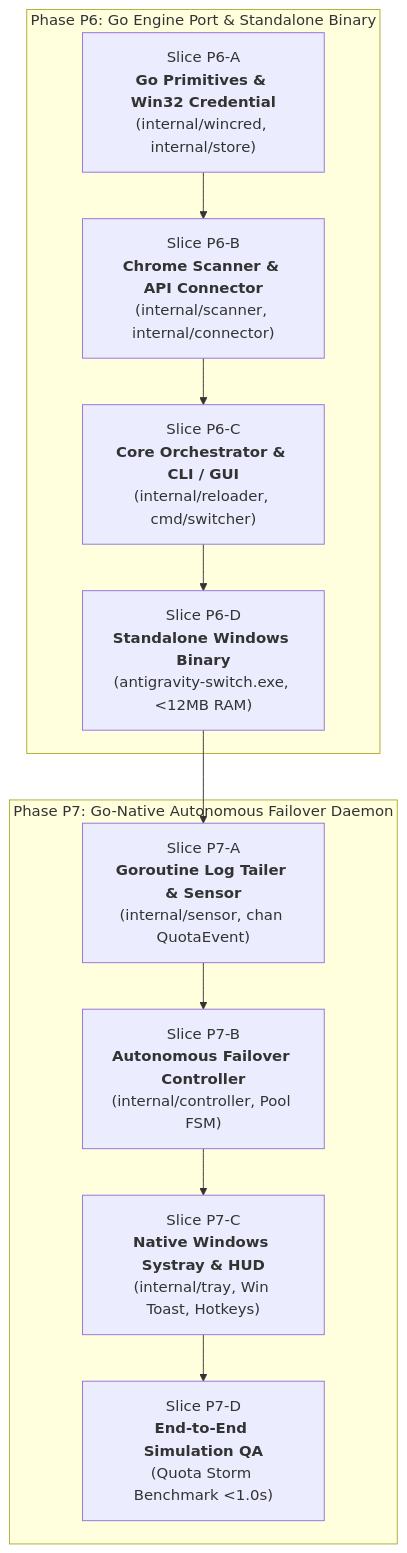
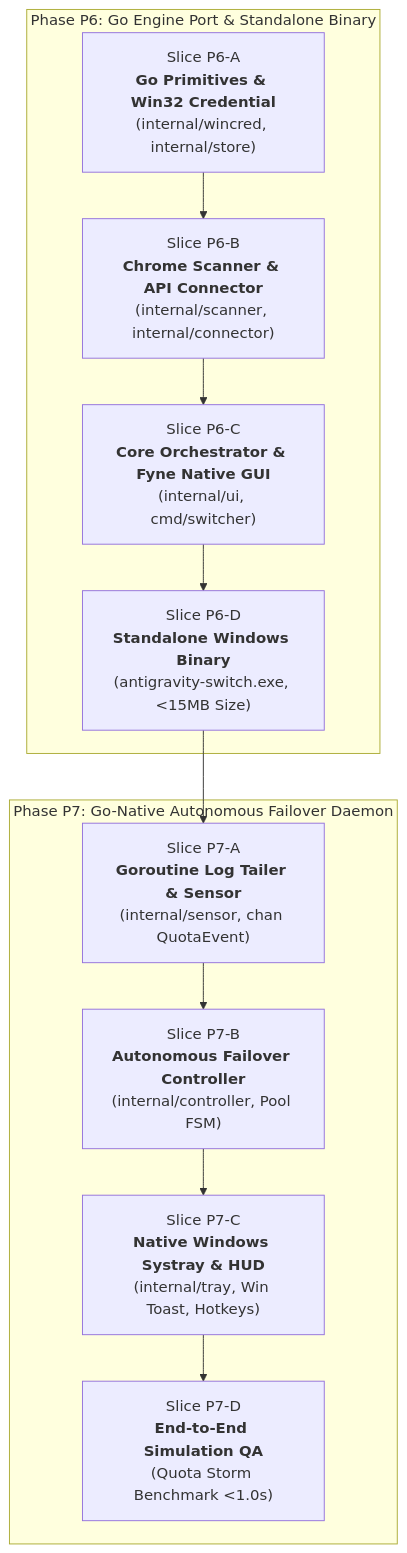
One commit to tamnguyendinh/AS_auto_switcher changed the third of 3 diagrams in reports/architect/2026-10-14-autonomous-quota-failover-architecture.md. Above: the diagram before and after it, drawn with Mermaid. The commit also changed other lines of this file, not shown here.

Commit message:
docs(architect): record ADR for Fyne pure Go native GUI

````diff
--- a/reports/architect/2026-10-14-autonomous-quota-failover-architecture.md
+++ b/reports/architect/2026-10-14-autonomous-quota-failover-architecture.md
@@ -405,15 +421,15 @@
 ```mermaid
 flowchart TD
     subgraph P6["Phase P6: Go Engine Port & Standalone Binary"]
         P6A["Slice P6-A<br/><b>Go Primitives & Win32 Credential</b><br/>(internal/wincred, internal/store)"] --> P6B["Slice P6-B<br/><b>Chrome Scanner & API Connector</b><br/>(internal/scanner, internal/connector)"]
-        P6B --> P6C["Slice P6-C<br/><b>Core Orchestrator & CLI / GUI</b><br/>(internal/reloader, cmd/switcher)"]
-        P6C --> P6D["Slice P6-D<br/><b>Standalone Windows Binary</b><br/>(antigravity-switch.exe, &lt;12MB RAM)"]
+        P6B --> P6C["Slice P6-C<br/><b>Core Orchestrator & Fyne Native GUI</b><br/>(internal/ui, cmd/switcher)"]
+        P6C --> P6D["Slice P6-D<br/><b>Standalone Windows Binary</b><br/>(antigravity-switch.exe, &lt;15MB Size)"]
     end
 
     subgraph P7["Phase P7: Go-Native Autonomous Failover Daemon"]
         P6D --> P7A["Slice P7-A<br/><b>Goroutine Log Tailer & Sensor</b><br/>(internal/sensor, chan QuotaEvent)"]
         P7A --> P7B["Slice P7-B<br/><b>Autonomous Failover Controller</b><br/>(internal/controller, Pool FSM)"]
         P7B --> P7C["Slice P7-C<br/><b>Native Windows Systray & HUD</b><br/>(internal/tray, Win Toast, Hotkeys)"]
         P7C --> P7D["Slice P7-D<br/><b>End-to-End Simulation QA</b><br/>(Quota Storm Benchmark &lt;1.0s)"]
     end
 ```
````
